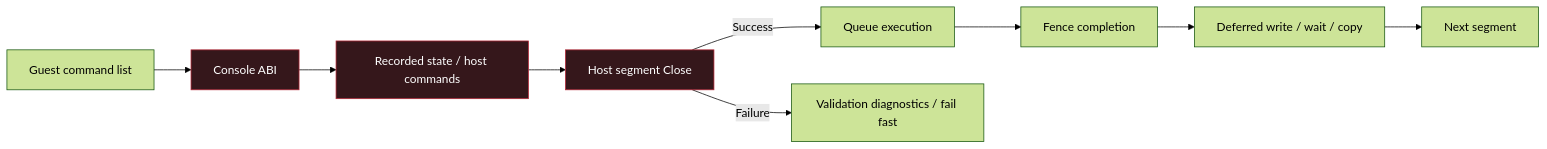
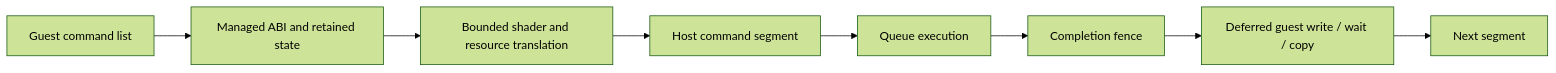
The second of 4 diagrams in README.md (DBWilliamEngineering/IraRationis), drawn with Mermaid (forest theme) before and after one commit. The commit also changed other lines of this file and 29 other files, not shown here.

First line of the commit message:
Advance Ira Rationis through the First Light runtime development milestone, establishing native graphics execution, interactive input, improved CPU compatibility, storage contract validation, and foundational media processing.

````diff
--- a/README.md
+++ b/README.md
@@ -137,13 +131,10 @@
 ```mermaid
 flowchart LR
-    A[Guest command list] --> B[Console ABI]
-    B --> C[Recorded state / host commands]
-    C --> D[Host segment Close]
-    D -->|Success| E[Queue execution]
-    E --> F[Fence completion]
-    F --> G[Deferred write / wait / copy]
+    A[Guest command list] --> B[Managed ABI and retained state]
+    B --> C[Bounded shader and resource translation]
+    C --> D[Host command segment]
+    D --> E[Queue execution]
+    E --> F[Completion fence]
+    F --> G[Deferred guest write / wait / copy]
     G --> H[Next segment]
-    D -->|Failure| I[Validation diagnostics / fail fast]
-    classDef irx fill:#35171b,stroke:#b52837,color:#fff
-    class B,C,D irx
 ```
````
